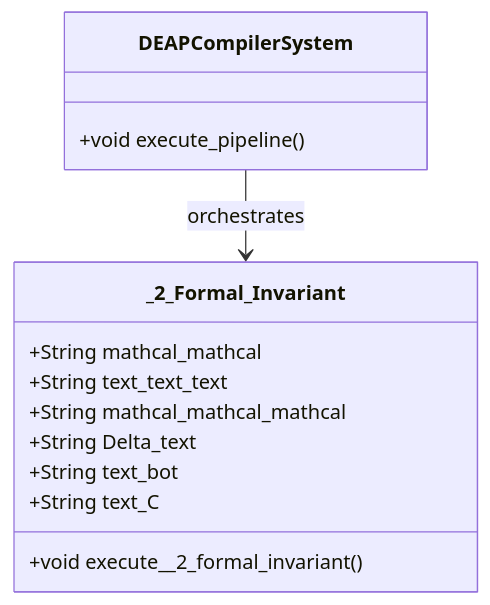
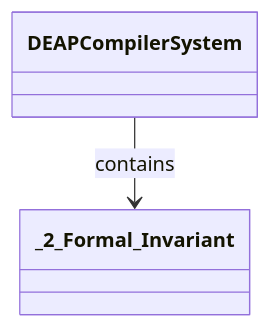
The diagram in docs/features/FEAT-63-_2_Formal_Invariant.md (gintatkinson/dumpiler-01), drawn with Mermaid before and after one commit. The commit also changed other lines of this file and 101 other files, not shown here.

````diff
--- a/docs/features/FEAT-63-_2_Formal_Invariant.md
+++ b/docs/features/FEAT-63-_2_Formal_Invariant.md
@@ -25,16 +29,6 @@
 ```mermaid
 classDiagram
-    class DEAPCompilerSystem {
-        +void execute_pipeline()
-    }
-    class _2_Formal_Invariant {
-        +String mathcal_mathcal
-        +String text_text_text
-        +String mathcal_mathcal_mathcal
-        +String Delta_text
-        +String text_bot
-        +String text_C
-        +void execute__2_formal_invariant()
-    }
-    DEAPCompilerSystem --> _2_Formal_Invariant : orchestrates
+    class DEAPCompilerSystem
+    class _2_Formal_Invariant
+    DEAPCompilerSystem --> _2_Formal_Invariant : contains
 ```
````
